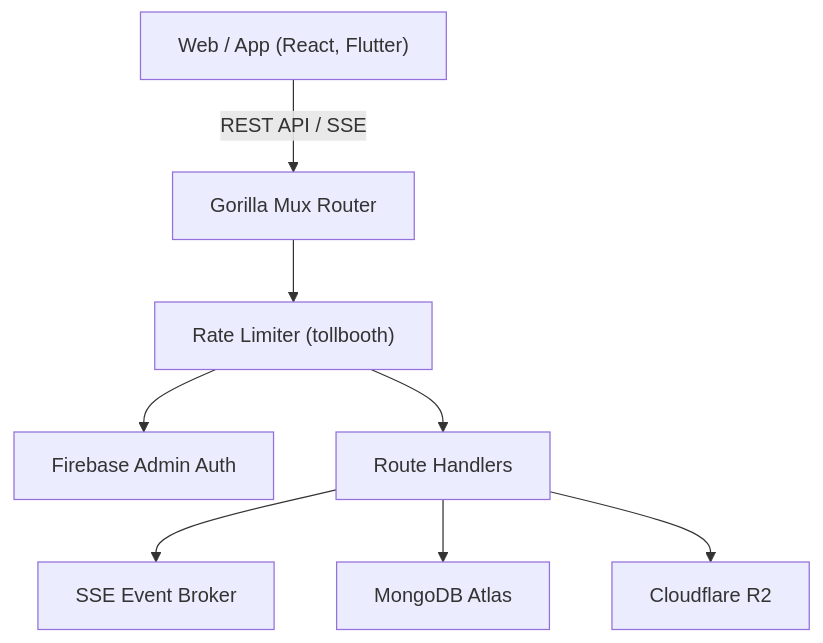
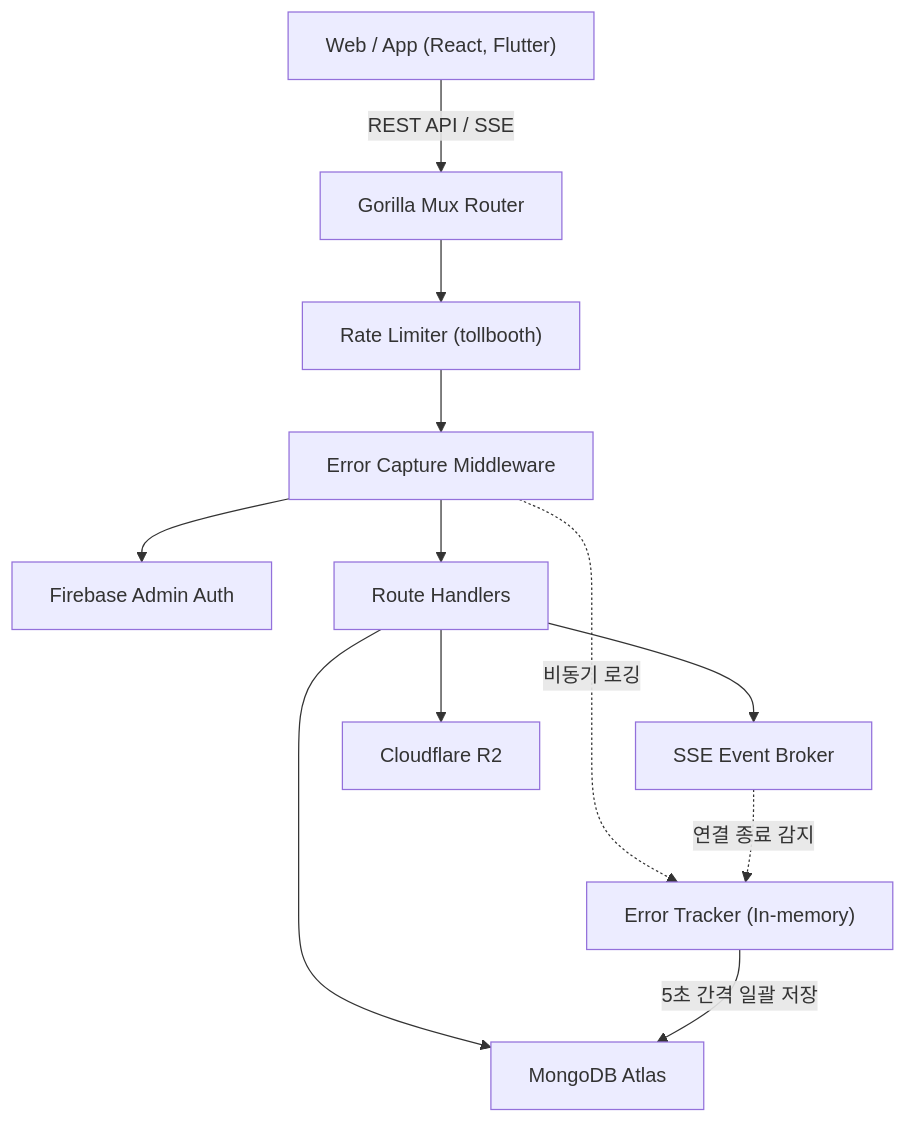
The diagram in README.ko.md (Espi8624/yoyaku_mate_server), drawn with Mermaid before and after one commit. The commit also changed other lines of this file and 17 other files, not shown here.

````diff
--- a/README.ko.md
+++ b/README.ko.md
@@ -64,10 +65,15 @@
 ```mermaid
 graph TD
     Client["Web / App (React, Flutter)"] -->|"REST API / SSE"| Router["Gorilla Mux Router"]
     Router --> Middleware["Rate Limiter (tollbooth)"]
-    Middleware --> Auth["Firebase Admin Auth"]
-    Middleware --> Handlers["Route Handlers"]
+    Middleware --> ErrorCapture["Error Capture Middleware"]
+    ErrorCapture --> Auth["Firebase Admin Auth"]
+    ErrorCapture --> Handlers["Route Handlers"]
     Handlers --> Broker["SSE Event Broker"]
     Handlers --> DB["MongoDB Atlas"]
     Handlers --> Storage["Cloudflare R2"]
+    
+    ErrorCapture -.->|비동기 로깅| Tracker["Error Tracker (In-memory)"]
+    Broker -.->|연결 종료 감지| Tracker
+    Tracker -->|5초 간격 일괄 저장| DB
 ```
````
